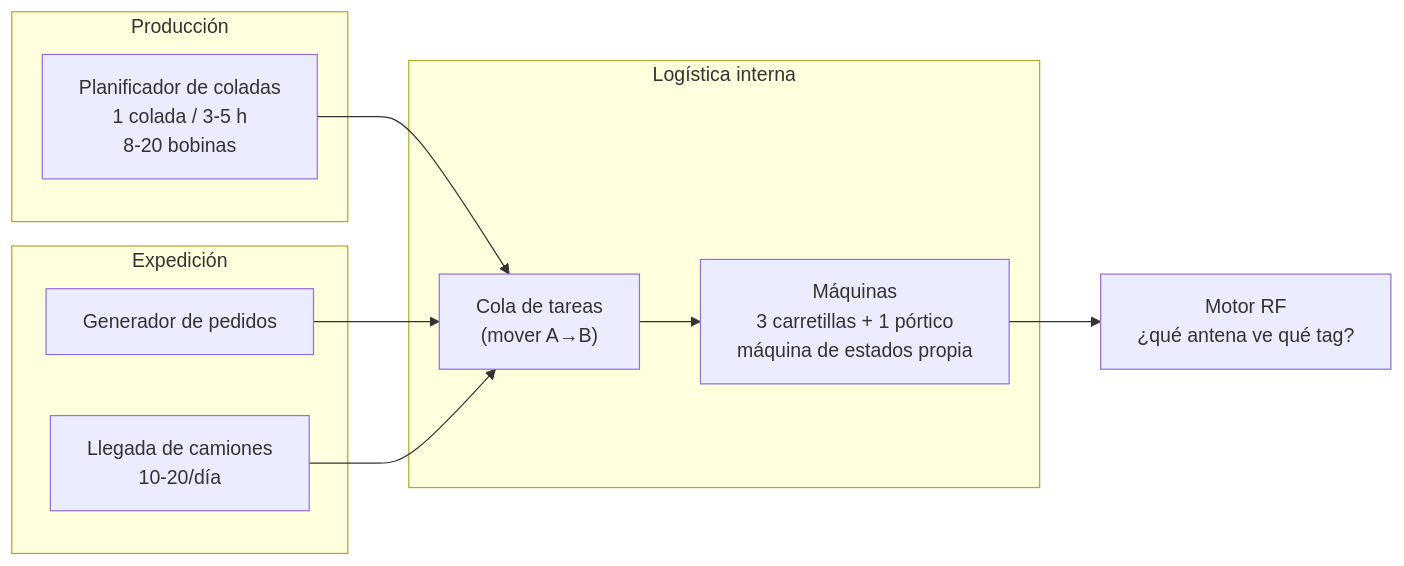
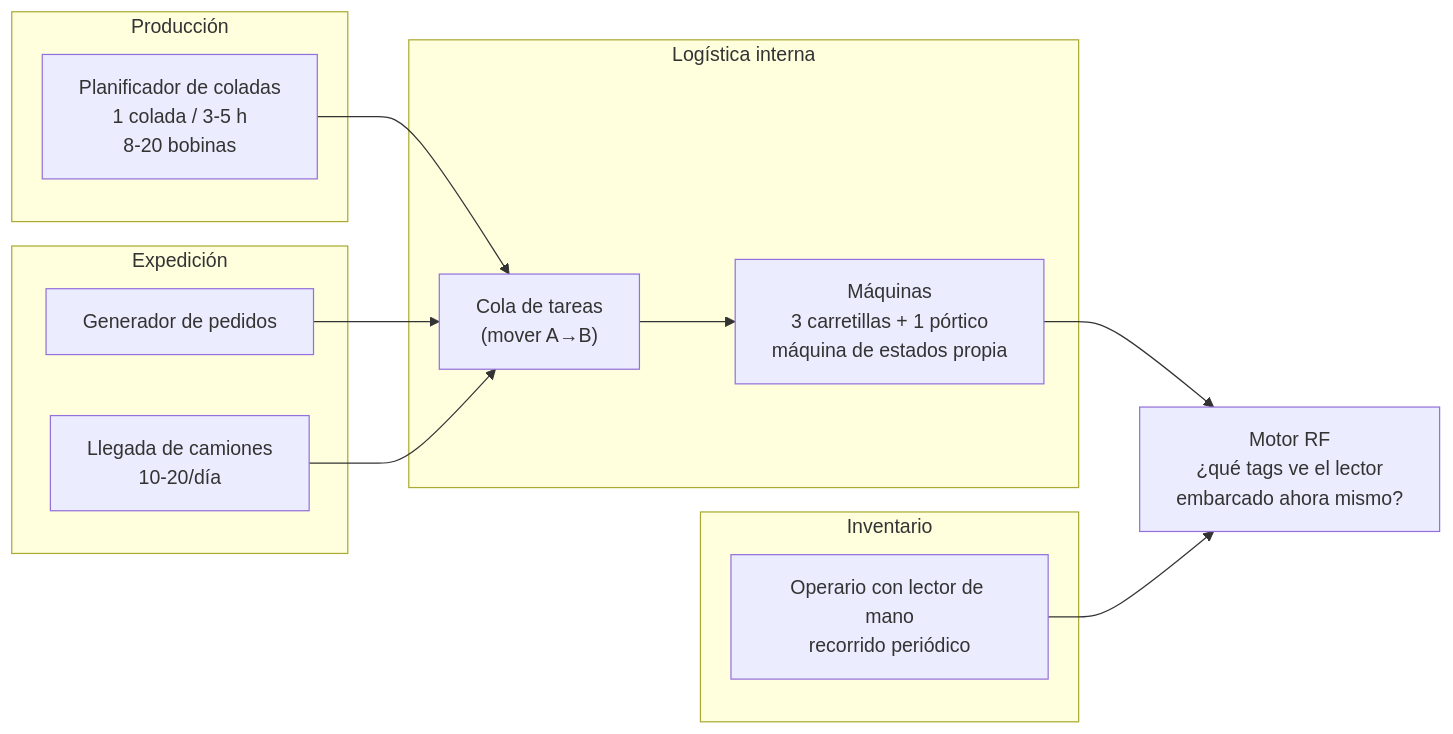
Before and after one commit to iburquijo/colados: the diagram in docs/04-simulador.md, drawn with Mermaid. The commit also changed other lines of this file and 10 other files, not shown here.

````diff
--- a/docs/04-simulador.md
+++ b/docs/04-simulador.md
@@ -34,19 +41,23 @@
 ```mermaid
 flowchart LR
     subgraph PROD["Producción"]
         C["Planificador de coladas<br/>1 colada / 3-5 h<br/>8-20 bobinas"]
     end
     subgraph LOG["Logística interna"]
         Q["Cola de tareas<br/>(mover A→B)"]
         M["Máquinas<br/>3 carretillas + 1 pórtico<br/>máquina de estados propia"]
     end
     subgraph EXP["Expedición"]
         O["Generador de pedidos"]
         T["Llegada de camiones<br/>10-20/día"]
     end
+    subgraph INV["Inventario"]
+        H["Operario con lector de mano<br/>recorrido periódico"]
+    end
     C --> Q
     O --> Q
     T --> Q
     Q --> M
-    M --> RF["Motor RF<br/>¿qué antena ve qué tag?"]
+    M --> RF["Motor RF<br/>¿qué tags ve el lector<br/>embarcado ahora mismo?"]
+    H --> RF
 ```
````
